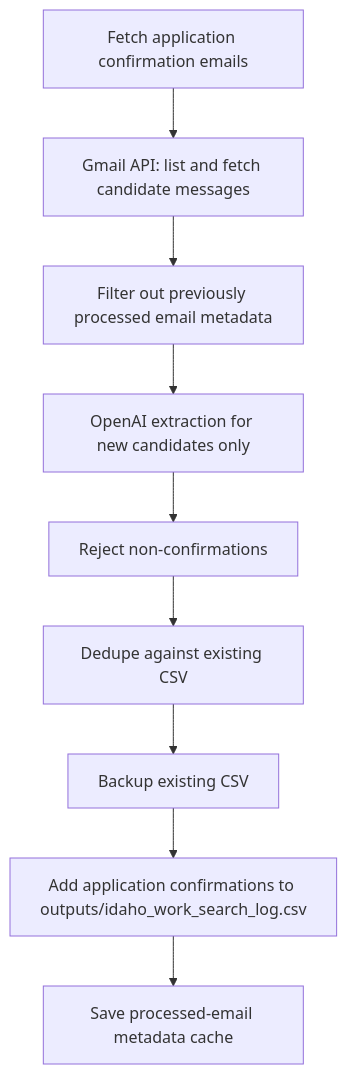
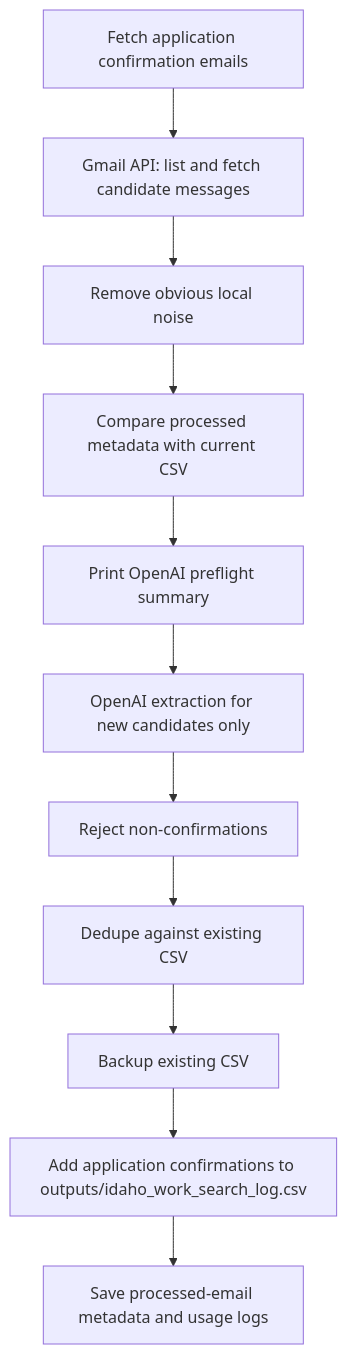
Before and after one commit to idahotallpaul/work-search-reporter: the third of 6 diagrams in README.md, drawn with Mermaid. The commit also changed other lines of this file and 13 other files, not shown here.

First line of the commit message:
Reduce OpenAI usage and improve CSV retesting

````diff
--- a/README.md
+++ b/README.md
@@ -167,11 +182,13 @@
 ```mermaid
 flowchart TD
   A["Fetch application confirmation emails"] --> B["Gmail API: list and fetch candidate messages"]
-  B --> C["Filter out previously processed email metadata"]
-  C --> D["OpenAI extraction for new candidates only"]
-  D --> E["Reject non-confirmations"]
-  E --> F["Dedupe against existing CSV"]
-  F --> G["Backup existing CSV"]
-  G --> H["Add application confirmations to outputs/idaho_work_search_log.csv"]
-  H --> I["Save processed-email metadata cache"]
+  B --> C["Remove obvious local noise"]
+  C --> D["Compare processed metadata with current CSV"]
+  D --> E["Print OpenAI preflight summary"]
+  E --> F["OpenAI extraction for new candidates only"]
+  F --> G["Reject non-confirmations"]
+  G --> H["Dedupe against existing CSV"]
+  H --> I["Backup existing CSV"]
+  I --> J["Add application confirmations to outputs/idaho_work_search_log.csv"]
+  J --> K["Save processed-email metadata and usage logs"]
 ```
````
